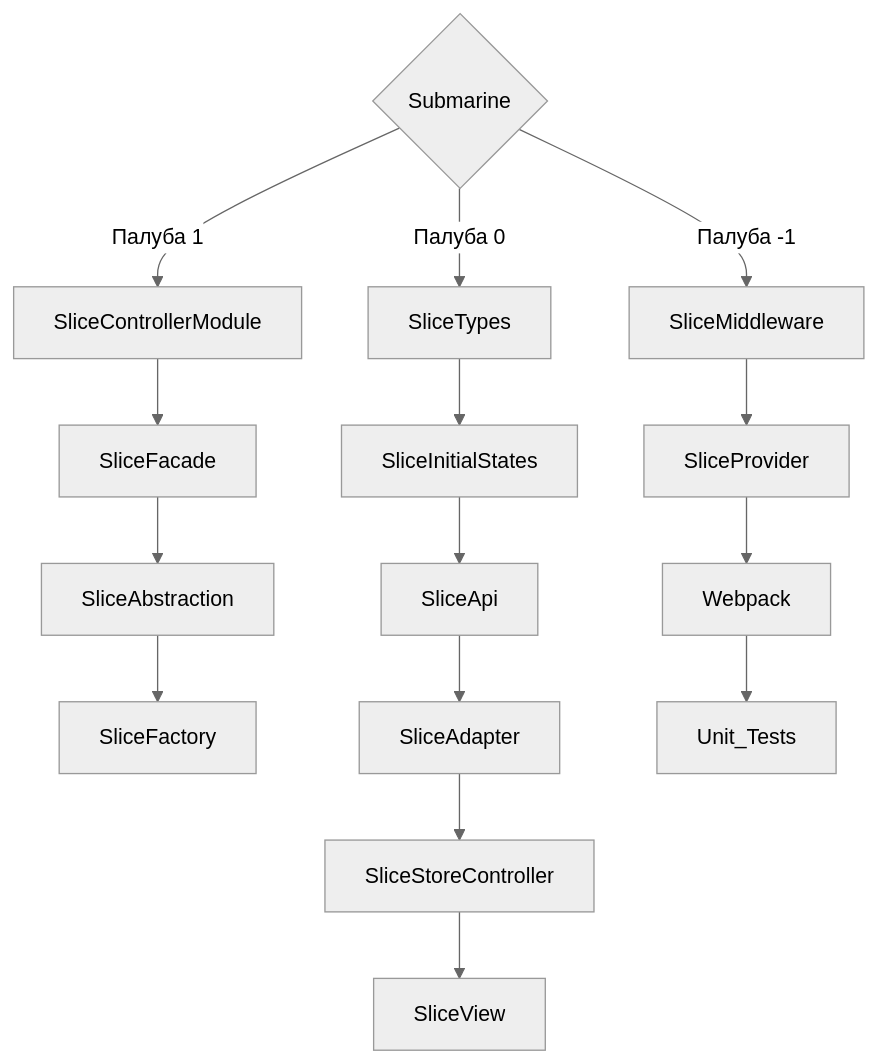
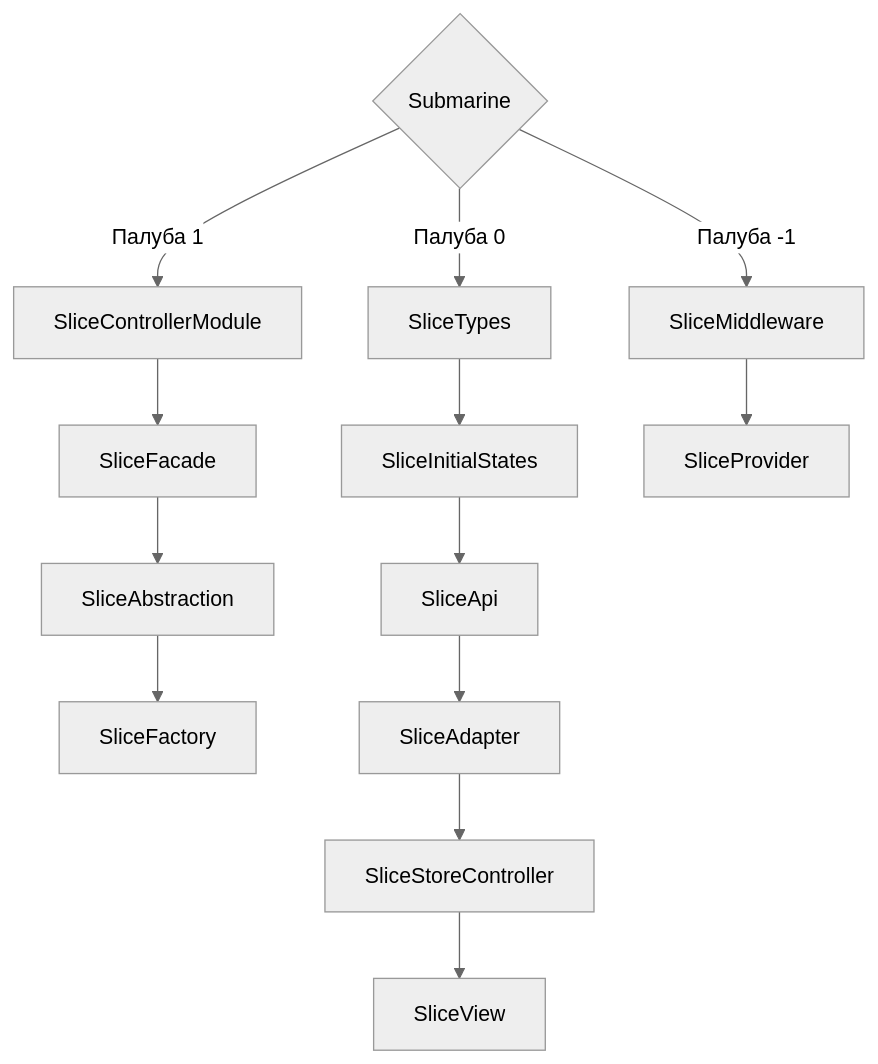
One commit to cossack-don/aqua-submarine changed the diagram in README.md. Above: the diagram before and after it, drawn with Mermaid (neutral theme).

````diff
--- a/README.md
+++ b/README.md
@@ -20,26 +20,25 @@
 ```mermaid
 flowchart TD
     C{Submarine}
     
     %% Палуба 1 (верхняя)
     C --> |Палуба 1| D[SliceControllerModule]
     D --> SliceFacade
     SliceFacade --> SliceAbstraction
     SliceAbstraction --> SliceFactory
     
     %% Палуба 0 (основная)
     C --> |Палуба 0| X[SliceTypes]
     X --> SliceInitialStates
     SliceInitialStates --> SliceApi
     SliceApi --> SliceAdapter
     SliceAdapter --> SliceStoreController
     SliceStoreController --> SliceView
     
     %% Палуба -1 (нижняя)
     C --> |Палуба -1| E[SliceMiddleware]
     E --> SliceProvider
-    SliceProvider --> Webpack
-    Webpack --> Unit_Tests
+    SliceProvider
    
     
 ```
````
